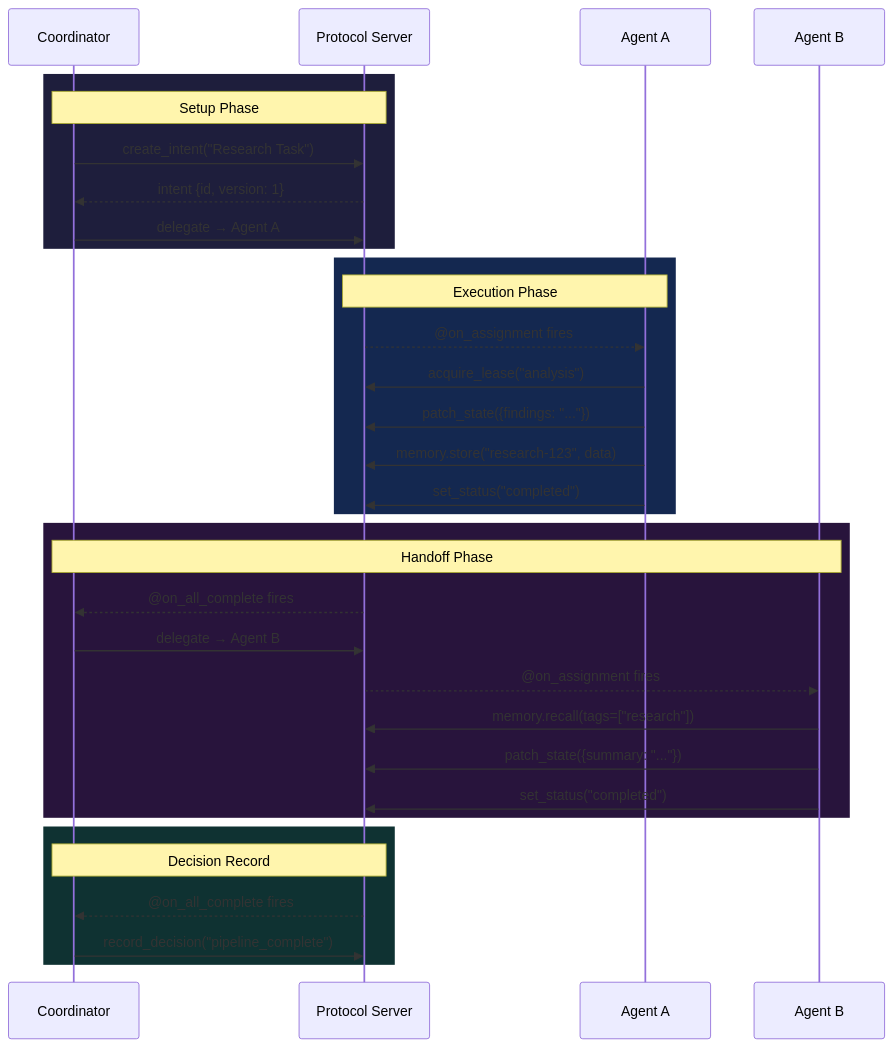
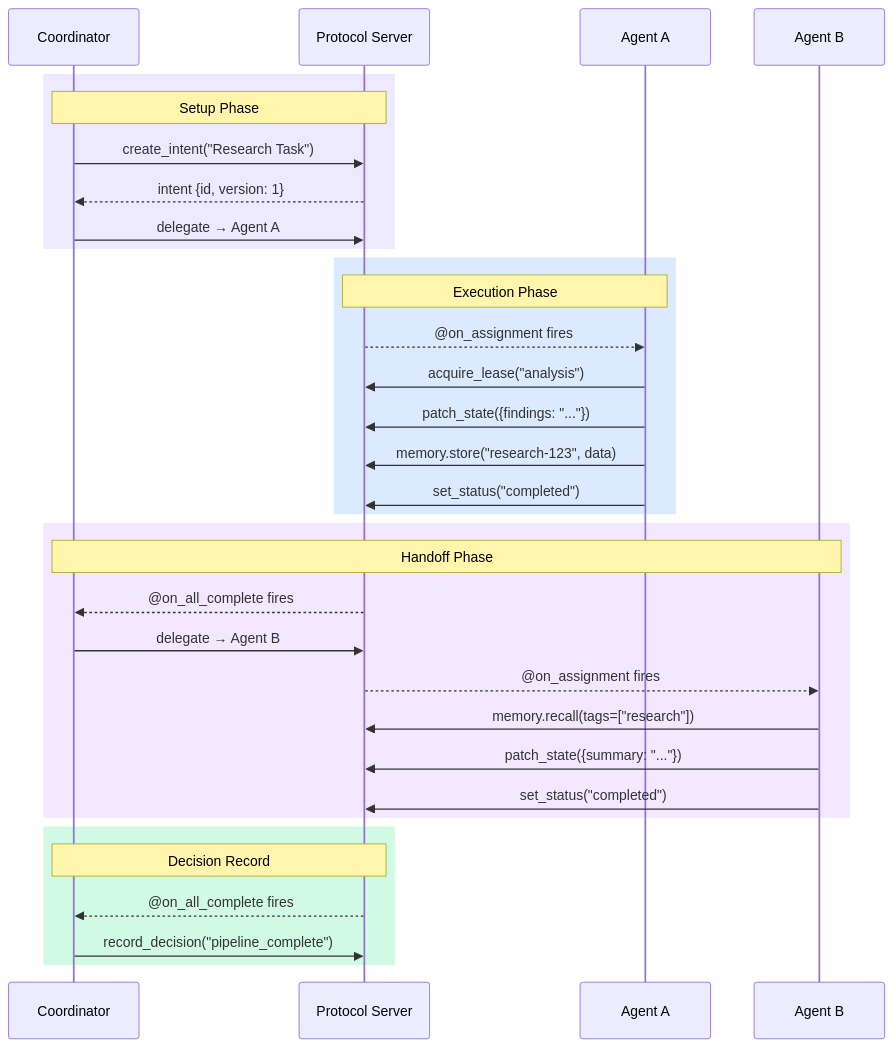
The third of 4 diagrams in README.md (openintent-ai/openintent), drawn with Mermaid before and after one commit. The commit also changed other lines of this file and 60 other files, not shown here.

````diff
--- a/README.md
+++ b/README.md
@@ -114,39 +114,39 @@
 ```mermaid
 sequenceDiagram
     participant C as Coordinator
     participant S as Protocol Server
     participant A1 as Agent A
     participant A2 as Agent B
 
-    rect rgb(30, 30, 60)
+    rect rgb(237, 233, 254)
         Note over C,S: Setup Phase
         C->>S: create_intent("Research Task")
         S-->>C: intent {id, version: 1}
         C->>S: delegate → Agent A
     end
 
-    rect rgb(20, 40, 80)
+    rect rgb(219, 234, 254)
         Note over S,A1: Execution Phase
         S-->>A1: @on_assignment fires
         A1->>S: acquire_lease("analysis")
         A1->>S: patch_state({findings: "..."})
         A1->>S: memory.store("research-123", data)
         A1->>S: set_status("completed")
     end
 
-    rect rgb(40, 20, 60)
+    rect rgb(243, 232, 255)
         Note over C,A2: Handoff Phase
         S-->>C: @on_all_complete fires
         C->>S: delegate → Agent B
         S-->>A2: @on_assignment fires
         A2->>S: memory.recall(tags=["research"])
         A2->>S: patch_state({summary: "..."})
         A2->>S: set_status("completed")
     end
 
-    rect rgb(15, 50, 50)
+    rect rgb(209, 250, 229)
         Note over C,S: Decision Record
         S-->>C: @on_all_complete fires
         C->>S: record_decision("pipeline_complete")
     end
 ```
````
